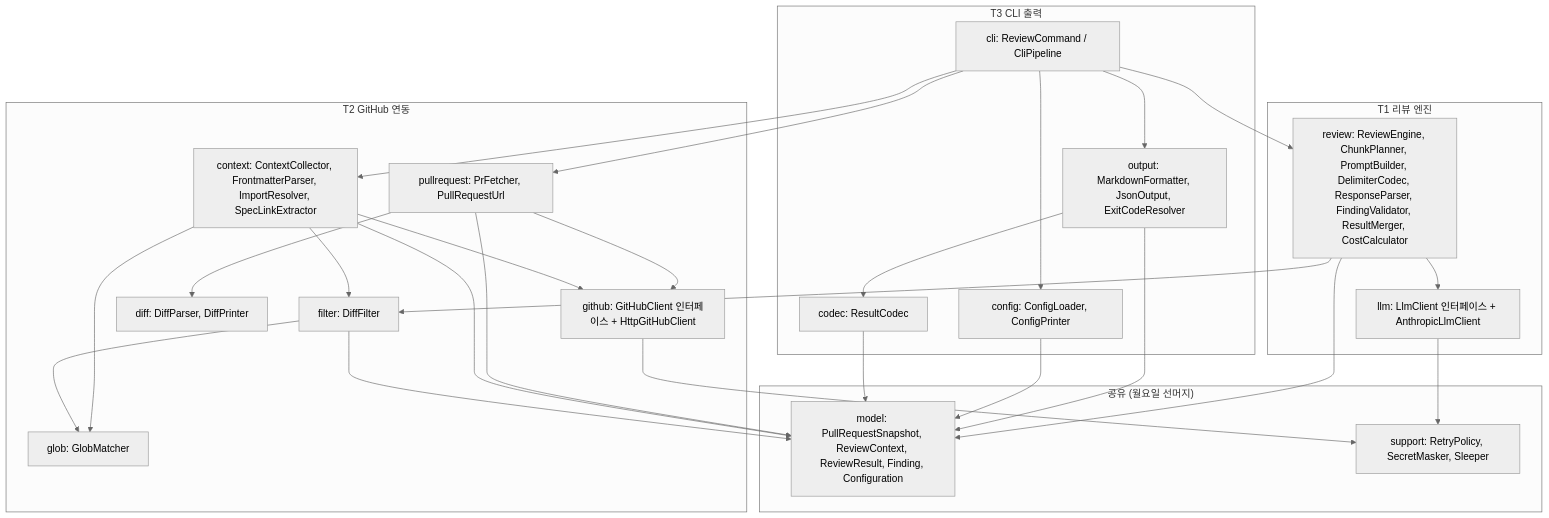
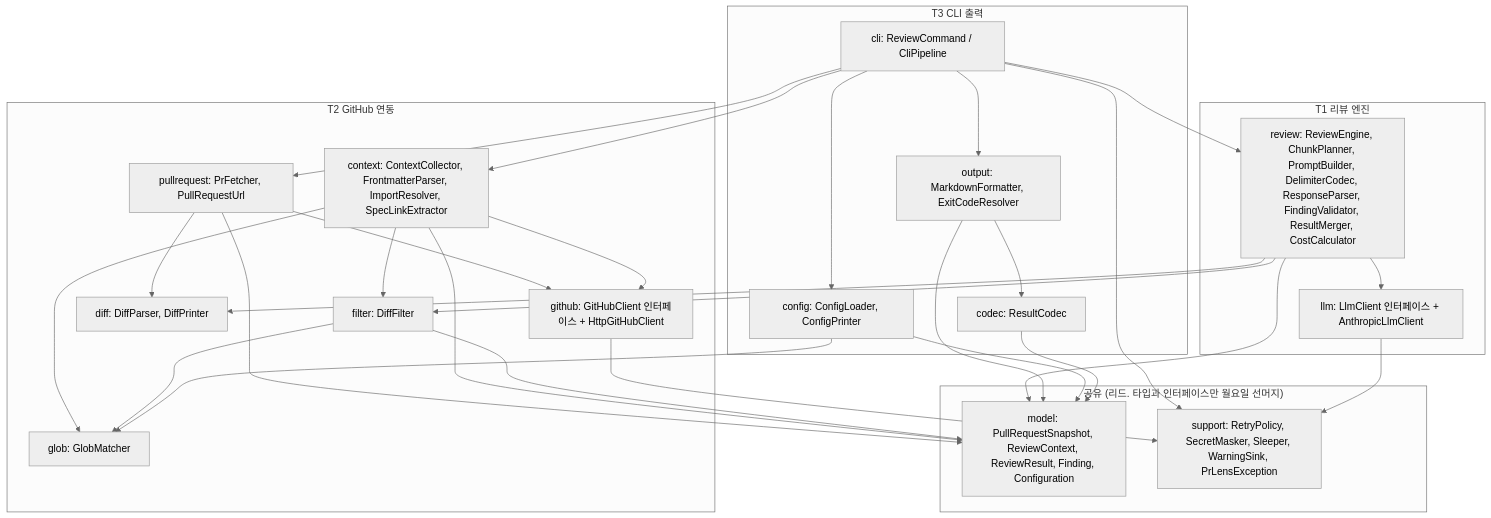
Before and after one commit to jjangyeesoo/claude-team-pr-lens: the first of 2 diagrams in docs/specs/pr-lens-p1-cli/design.md, drawn with Mermaid (neutral theme). The commit also changed other lines of this file and 9 other files, not shown here.

````diff
--- a/docs/specs/pr-lens-p1-cli/design.md
+++ b/docs/specs/pr-lens-p1-cli/design.md
@@ -34,35 +35,37 @@
 ```mermaid
 flowchart TB
   subgraph T3["T3 CLI 출력"]
     CLI[cli: ReviewCommand / CliPipeline]
-    OUT[output: MarkdownFormatter, JsonOutput, ExitCodeResolver]
+    OUT[output: MarkdownFormatter, ExitCodeResolver]
     CFG[config: ConfigLoader, ConfigPrinter]
     CODEC[codec: ResultCodec]
   end
   subgraph T2["T2 GitHub 연동"]
     PRF[pullrequest: PrFetcher, PullRequestUrl]
     CTX[context: ContextCollector, FrontmatterParser, ImportResolver, SpecLinkExtractor]
     FIL[filter: DiffFilter]
     GLOB[glob: GlobMatcher]
     DIFF[diff: DiffParser, DiffPrinter]
     GH[github: GitHubClient 인터페이스 + HttpGitHubClient]
   end
   subgraph T1["T1 리뷰 엔진"]
     ENG[review: ReviewEngine, ChunkPlanner, PromptBuilder, DelimiterCodec, ResponseParser, FindingValidator, ResultMerger, CostCalculator]
     LLM[llm: LlmClient 인터페이스 + AnthropicLlmClient]
   end
-  subgraph SHARED["공유 (월요일 선머지)"]
+  subgraph SHARED["공유 (리드. 타입과 인터페이스만 월요일 선머지)"]
     MODEL[model: PullRequestSnapshot, ReviewContext, ReviewResult, Finding, Configuration]
-    SUP[support: RetryPolicy, SecretMasker, Sleeper]
+    SUP[support: RetryPolicy, SecretMasker, Sleeper, WarningSink, PrLensException]
   end
 
   CLI --> PRF & CTX & ENG & OUT & CFG
   OUT --> CODEC
   PRF --> GH & DIFF
   CTX --> GH & GLOB & FIL
   FIL --> GLOB
-  ENG --> LLM & FIL
+  ENG --> LLM & FIL & DIFF
+  CFG --> GLOB
+  CLI --> SUP
   GH --> SUP
   LLM --> SUP
   PRF & CTX & ENG & OUT & CFG & CODEC & FIL --> MODEL
 ```
````
